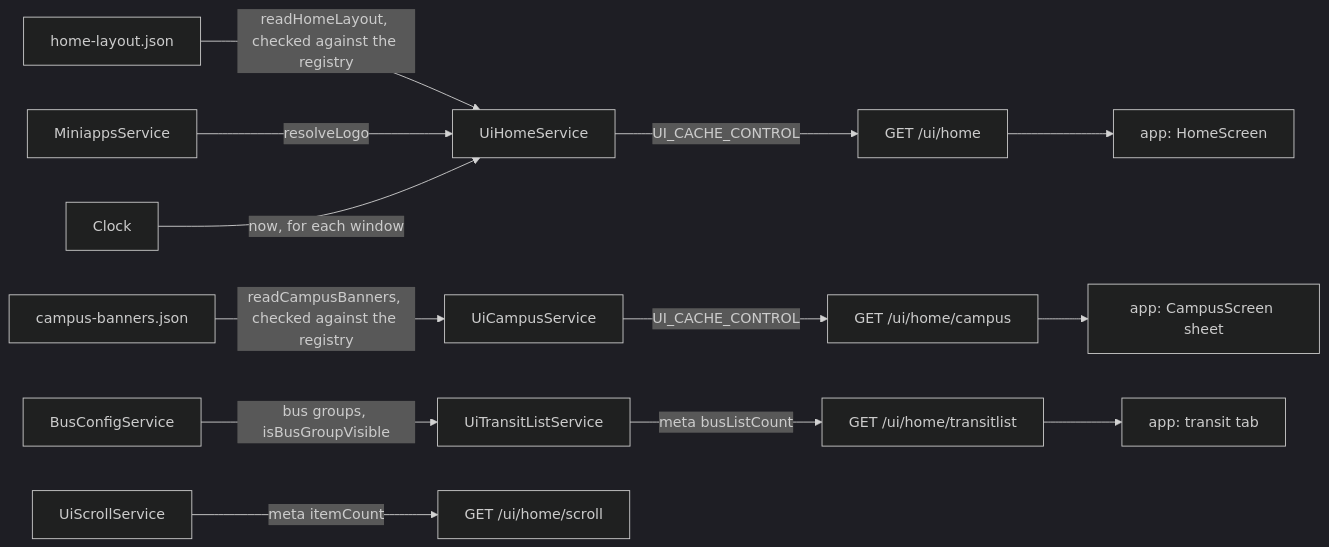
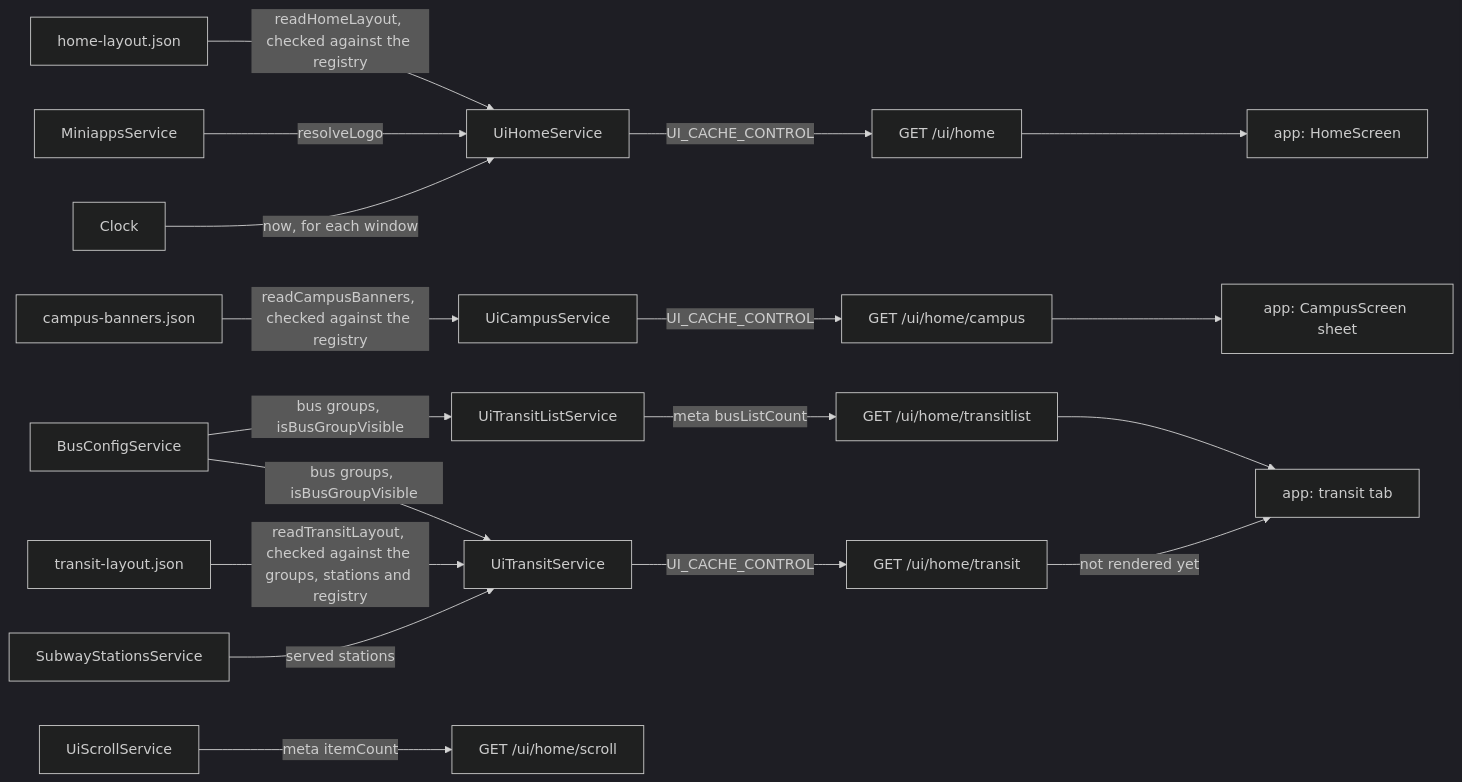
The diagram in docs/explanation/ui-architecture.md (skkuverse/skkuverse-server), drawn with Mermaid (dark theme) before and after one commit. The commit also changed other lines of this file and 38 other files, not shown here.

Commit message:
feat(ui): serve the sectioned transit layout at /ui/home/transit

````diff
--- a/docs/explanation/ui-architecture.md
+++ b/docs/explanation/ui-architecture.md
@@ -48,15 +52,20 @@
 ```mermaid
 flowchart LR
   homeFile["home-layout.json"] -->|readHomeLayout, checked against the registry| home["UiHomeService"]
   campusFile["campus-banners.json"] -->|readCampusBanners, checked against the registry| campus["UiCampusService"]
   registry["MiniappsService"] -->|resolveLogo| home
   bus["BusConfigService"] -->|bus groups, isBusGroupVisible| transit["UiTransitListService"]
+  transitFile["transit-layout.json"] -->|readTransitLayout, checked against the groups, stations and registry| layout["UiTransitService"]
+  bus -->|bus groups, isBusGroupVisible| layout
+  stations["SubwayStationsService"] -->|served stations| layout
   clock["Clock"] -->|now, for each window| home
   home -->|UI_CACHE_CONTROL| r1["GET /ui/home"]
   campus -->|UI_CACHE_CONTROL| r2["GET /ui/home/campus"]
   transit -->|meta busListCount| r3["GET /ui/home/transitlist"]
   scroll["UiScrollService"] -->|meta itemCount| r4["GET /ui/home/scroll"]
+  layout -->|UI_CACHE_CONTROL| r5["GET /ui/home/transit"]
   r1 --> homeScreen["app: HomeScreen"]
   r2 --> campusScreen["app: CampusScreen sheet"]
   r3 --> transitTab["app: transit tab"]
+  r5 -->|not rendered yet| transitTab
 ```
````
